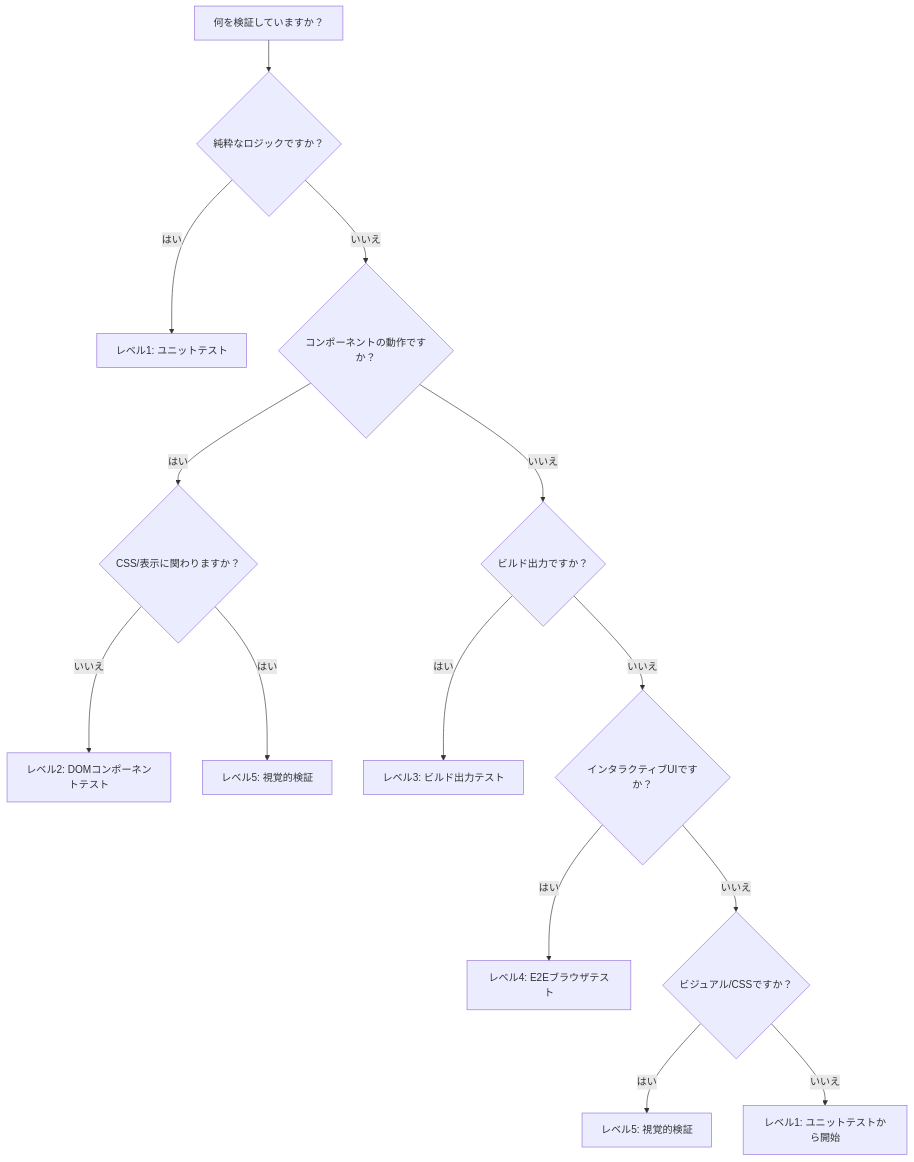
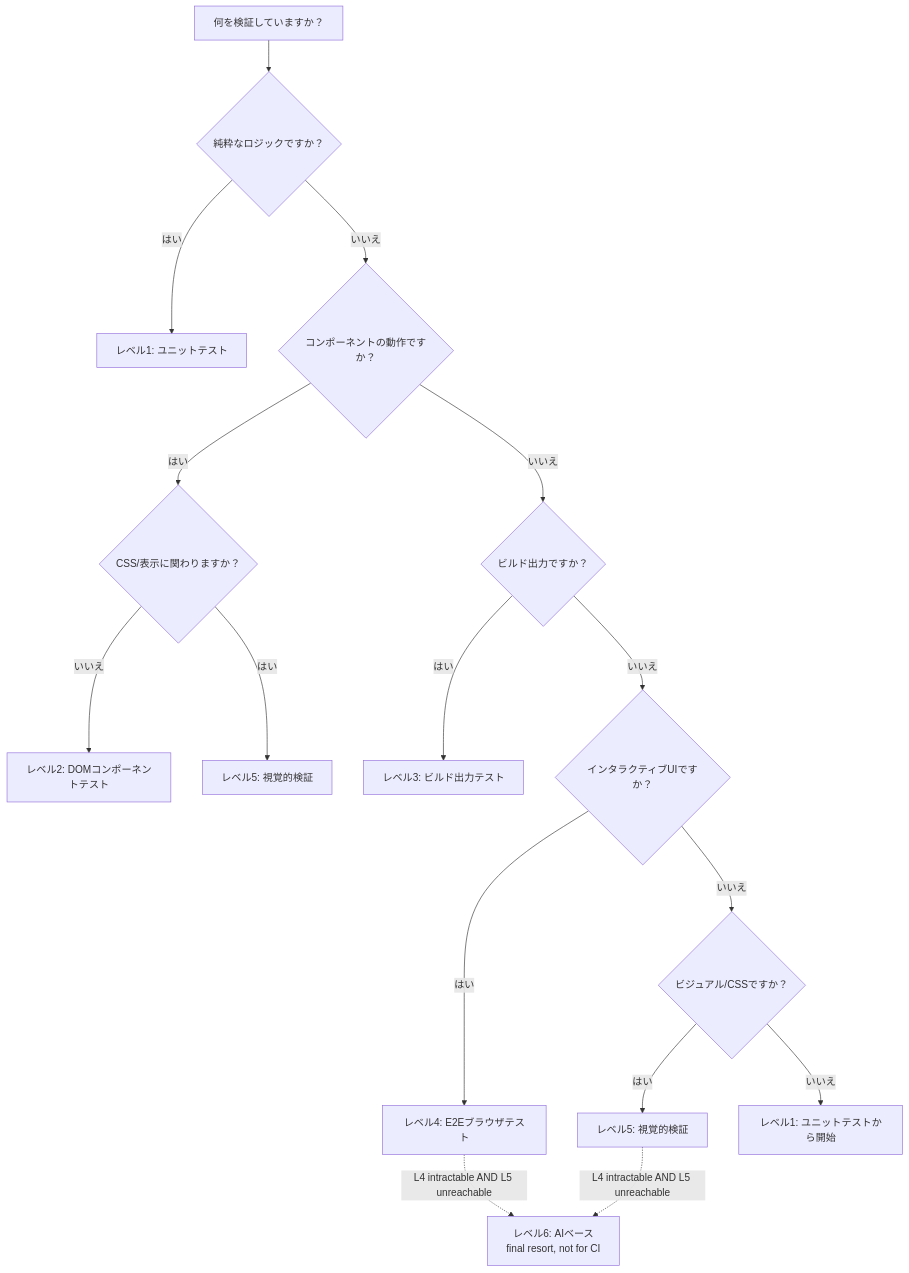
One commit to Takazudo/zudo-test-wisdom changed the diagram in src/content/docs-ja/decision-guide/index.mdx. Above: the diagram before and after it, drawn with Mermaid. The commit also changed other lines of this file and 9 other files, not shown here.

````diff
--- a/src/content/docs-ja/decision-guide/index.mdx
+++ b/src/content/docs-ja/decision-guide/index.mdx
@@ -28,16 +29,18 @@
 ```mermaid
 flowchart TD
   A[何を検証していますか？] --> B{純粋なロジックですか？}
   B -->|はい| L1[レベル1: ユニットテスト]
   B -->|いいえ| C{コンポーネントの動作ですか？}
   C -->|はい| D{CSS/表示に関わりますか？}
   D -->|いいえ| L2[レベル2: DOMコンポーネントテスト]
   D -->|はい| L5a[レベル5: 視覚的検証]
   C -->|いいえ| E{ビルド出力ですか？}
   E -->|はい| L3[レベル3: ビルド出力テスト]
   E -->|いいえ| F{インタラクティブUIですか？}
   F -->|はい| L4[レベル4: E2Eブラウザテスト]
   F -->|いいえ| G{ビジュアル/CSSですか？}
   G -->|はい| L5b[レベル5: 視覚的検証]
   G -->|いいえ| L1b[レベル1: ユニットテストから開始]
+  L4 -. L4 intractable AND L5 unreachable .-> L6[レベル6: AIベース<br/>final resort, not for CI]
+  L5b -. L4 intractable AND L5 unreachable .-> L6
 ```
````
